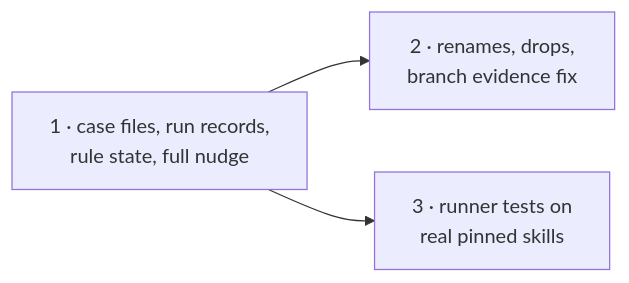
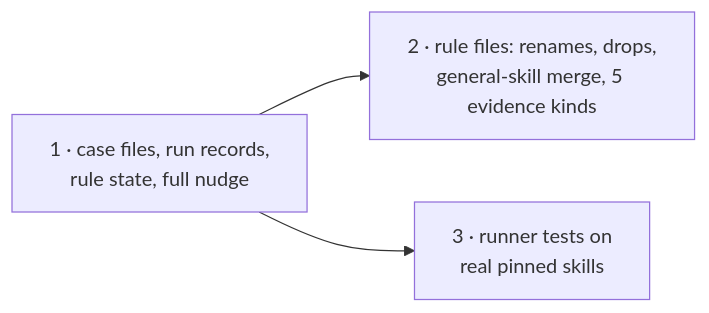
One commit to ShravanSunder/sunstack changed the diagram in docs/specs/2026-11-03-skill-rules/deliverables/2-rules-earn-their-nudges/plan.md. Above: the diagram before and after it, drawn with Mermaid. The commit also changed other lines of this file and 22 other files, not shown here.

First line of the commit message:
docs(skill-rules): final filters config, five skill kinds, five evidence kinds, steering removed, general-skill merge in deliverable 2

````diff
--- a/docs/specs/2026-11-03-skill-rules/deliverables/2-rules-earn-their-nudges/plan.md
+++ b/docs/specs/2026-11-03-skill-rules/deliverables/2-rules-earn-their-nudges/plan.md
@@ -9,5 +9,5 @@
 ```mermaid
 flowchart LR
-  A1["1 · case files, run records,<br/>rule state, full nudge"] --> A2["2 · renames, drops,<br/>branch evidence fix"]
+  A1["1 · case files, run records,<br/>rule state, full nudge"] --> A2["2 · rule files: renames, drops,<br/>general-skill merge, 5 evidence kinds"]
   A1 --> A5["3 · runner tests on<br/>real pinned skills"]
 ```
````
